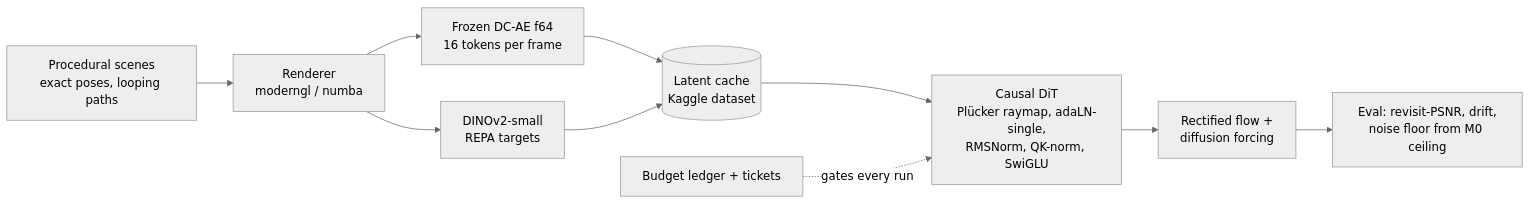
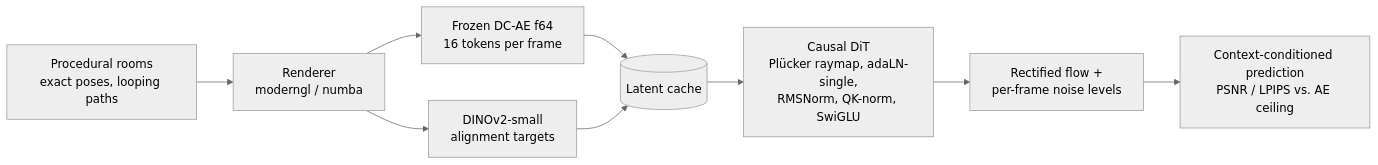
Before and after one commit to Say43/World-Model: the diagram in README.md, drawn with Mermaid (neutral theme). The commit also changed other lines of this file, not shown here.

Commit message:
Rewrite README as a model report: architecture, data, training, evaluation, design decisions

````diff
--- a/README.md
+++ b/README.md
@@ -45,12 +30,11 @@
 ```mermaid
 flowchart LR
-  S[Procedural scenes<br/>exact poses, looping paths] --> R[Renderer<br/>moderngl / numba]
+  S[Procedural rooms<br/>exact poses, looping paths] --> R[Renderer<br/>moderngl / numba]
   R --> AE[Frozen DC-AE f64<br/>16 tokens per frame]
-  R --> D[DINOv2-small<br/>REPA targets]
-  AE --> L[(Latent cache<br/>Kaggle dataset)]
+  R --> D[DINOv2-small<br/>alignment targets]
+  AE --> L[(Latent cache)]
   D --> L
   L --> T[Causal DiT<br/>Plücker raymap, adaLN-single,<br/>RMSNorm, QK-norm, SwiGLU]
-  T --> O[Rectified flow +<br/>diffusion forcing]
-  O --> E[Eval: revisit-PSNR, drift,<br/>noise floor from M0 ceiling]
-  B[Budget ledger + tickets] -. gates every run .-> T
+  T --> O[Rectified flow +<br/>per-frame noise levels]
+  O --> E[Context-conditioned prediction<br/>PSNR / LPIPS vs. AE ceiling]
 ```
````
